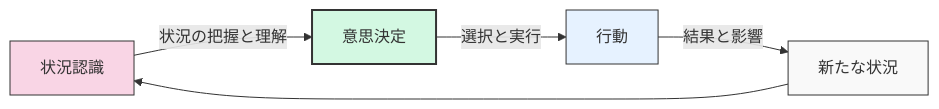
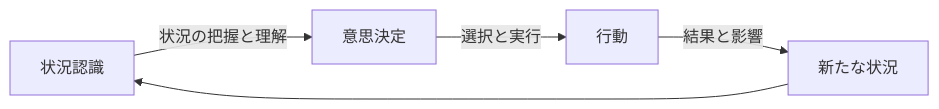
Before and after one commit to shuji-bonji/Situational-Awareness-and-Decision-Making: the first of 4 diagrams in docs/decision-making-guide/index.md, drawn with Mermaid. The commit also changed other lines of this file and 49 other files, not shown here.

Commit message:
fix: ダークモードで見づらい図の色の変更

````diff
--- a/docs/decision-making-guide/index.md
+++ b/docs/decision-making-guide/index.md
@@ -14,12 +14,12 @@
 ```mermaid
 graph LR
     A[状況認識] -->|状況の把握と理解| B[意思決定]
     B -->|選択と実行| C[行動]
     C -->|結果と影響| D[新たな状況]
     D --> A
     
-    style A fill:#f9d5e5,stroke:#333
-    style B fill:#d3f8e2,stroke:#333,stroke-width:2px
-    style C fill:#e6f2ff,stroke:#333
-    style D fill:#f9f9f9,stroke:#333
+
+
+
+
 ```
````
